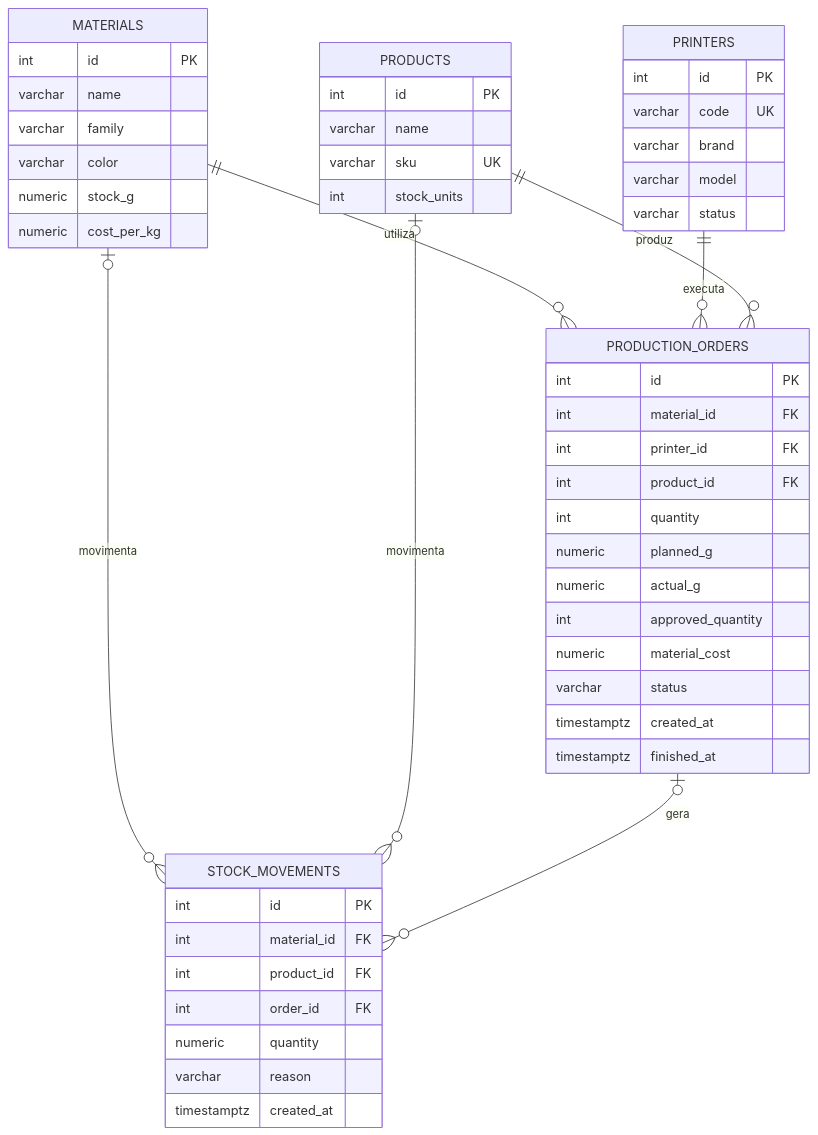
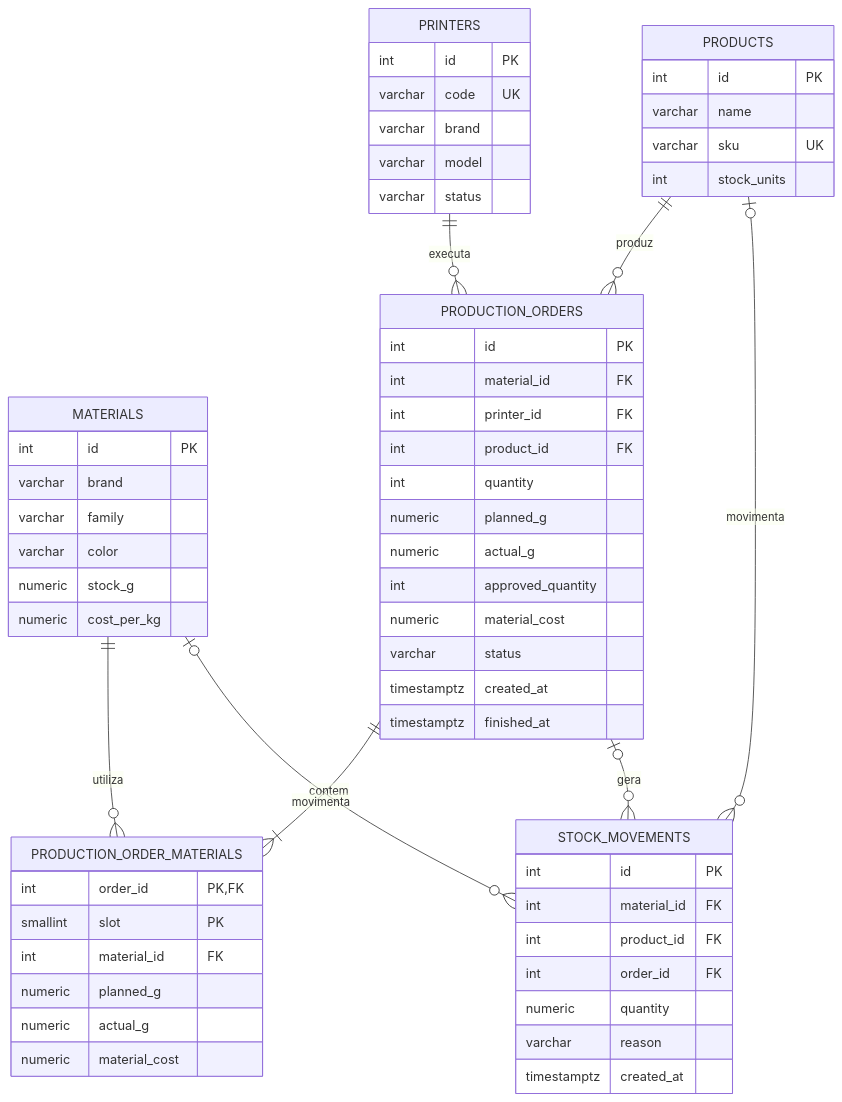
The diagram in docs/modelagem.mmd (alecioADS/projetointegrador2026), drawn with Mermaid before and after one commit. The commit also changed 10 other files, not shown here.

```diff
--- a/docs/modelagem.mmd
+++ b/docs/modelagem.mmd
@@ -1,52 +1,63 @@
 %% Modelo relacional. Renderize cada bloco separadamente em um editor Mermaid.
 erDiagram
- MATERIALS ||--o{ PRODUCTION_ORDERS : utiliza
+ MATERIALS ||--o{ PRODUCTION_ORDER_MATERIALS : utiliza
+ PRODUCTION_ORDERS ||--|{ PRODUCTION_ORDER_MATERIALS : contem
  PRINTERS ||--o{ PRODUCTION_ORDERS : executa
  PRODUCTS ||--o{ PRODUCTION_ORDERS : produz
  MATERIALS |o--o{ STOCK_MOVEMENTS : movimenta
  PRODUCTS |o--o{ STOCK_MOVEMENTS : movimenta
  PRODUCTION_ORDERS |o--o{ STOCK_MOVEMENTS : gera
  MATERIALS {
   int id PK
-  varchar name
+  varchar brand
   varchar family
   varchar color
   numeric stock_g
   numeric cost_per_kg
  }
  PRINTERS {
   int id PK
   varchar code UK
   varchar brand
   varchar model
   varchar status
  }
  PRODUCTS {
   int id PK
   varchar name
   varchar sku UK
   int stock_units
  }
  PRODUCTION_ORDERS {
   int id PK
   int material_id FK
   int printer_id FK
   int product_id FK
   int quantity
   numeric planned_g
   numeric actual_g
   int approved_quantity
   numeric material_cost
   varchar status
   timestamptz created_at
   timestamptz finished_at
  }
  STOCK_MOVEMENTS {
   int id PK
   int material_id FK
   int product_id FK
   int order_id FK
   numeric quantity
   varchar reason
   timestamptz created_at
  }
+
+ PRODUCTION_ORDER_MATERIALS {
+  int order_id PK,FK
+  smallint slot PK
+  int material_id FK
+  numeric planned_g
+  numeric actual_g
+  numeric material_cost
+ }
+%% slot 1..4; único (order_id,material_id). O material_id na ordem é mantido como referência legada ao primeiro filamento.
```
